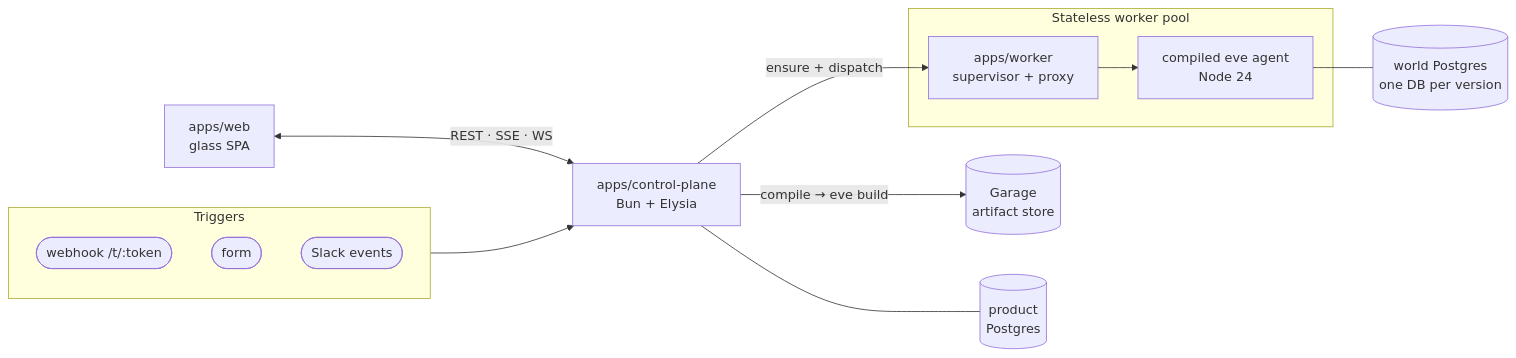
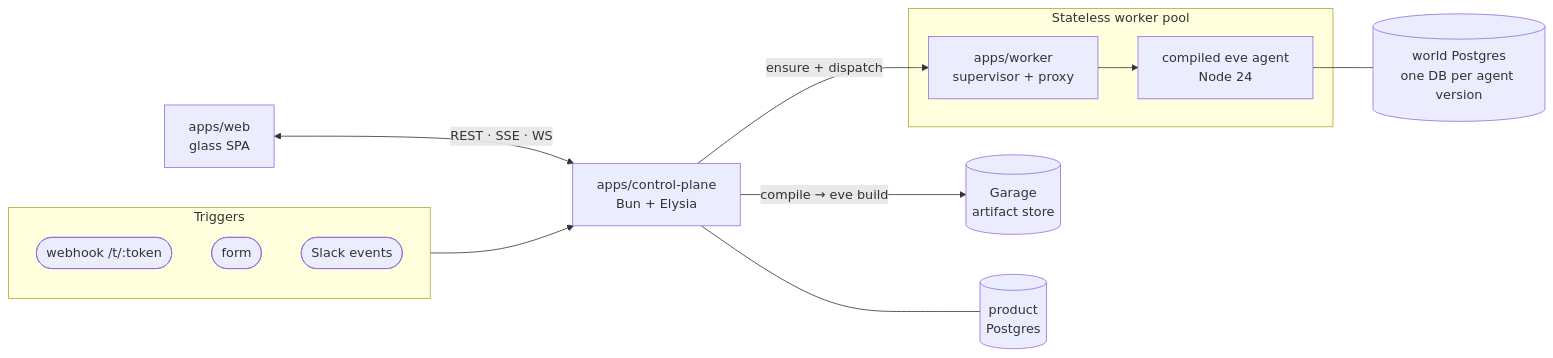
One commit to heysanil/invisible-string changed the diagram in README.md. Above: the diagram before and after it, drawn with Mermaid. The commit also changed other lines of this file and 353 other files, not shown here.

First line of the commit message:
feat!: agents-first re-architecture — first-class agents, agent chat, delegated workflows (#7)

````diff
--- a/README.md
+++ b/README.md
@@ -46,22 +62,22 @@
 ```mermaid
 flowchart LR
     subgraph ingress [" Triggers "]
         T1([webhook /t/:token])
         T2([form])
         T3([Slack events])
     end
 
     WEB["apps/web<br/>glass SPA"] <-->|REST · SSE · WS| CP
     ingress --> CP
 
     CP["apps/control-plane<br/>Bun + Elysia"]
     CP -->|"compile → eve build"| GARAGE[("Garage<br/>artifact store")]
     CP -->|ensure + dispatch| WK
 
     subgraph pool [" Stateless worker pool "]
         WK["apps/worker<br/>supervisor + proxy"] --> AG["compiled eve agent<br/>Node 24"]
     end
 
     CP --- PG[("product<br/>Postgres")]
-    AG --- WPG[("world Postgres<br/>one DB per version")]
+    AG --- WPG[("world Postgres<br/>one DB per agent version")]
 ```
````
